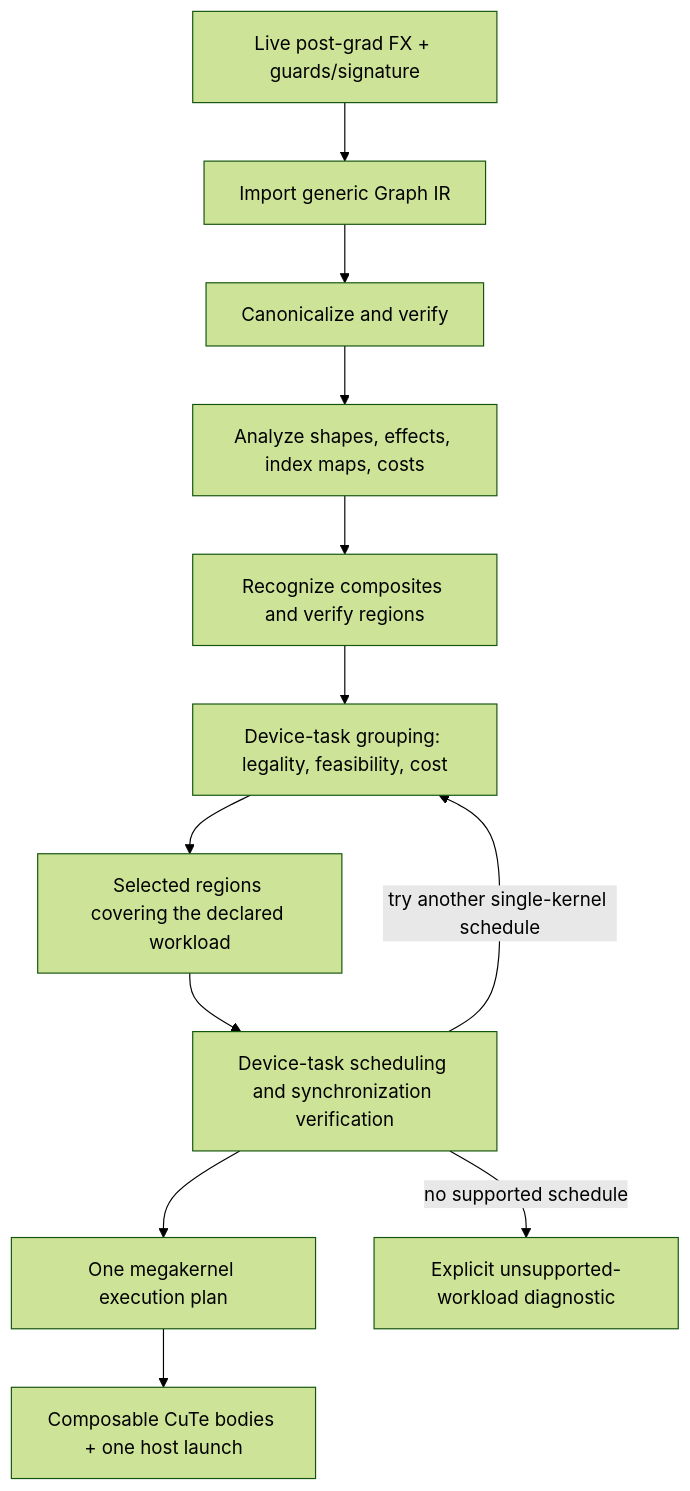
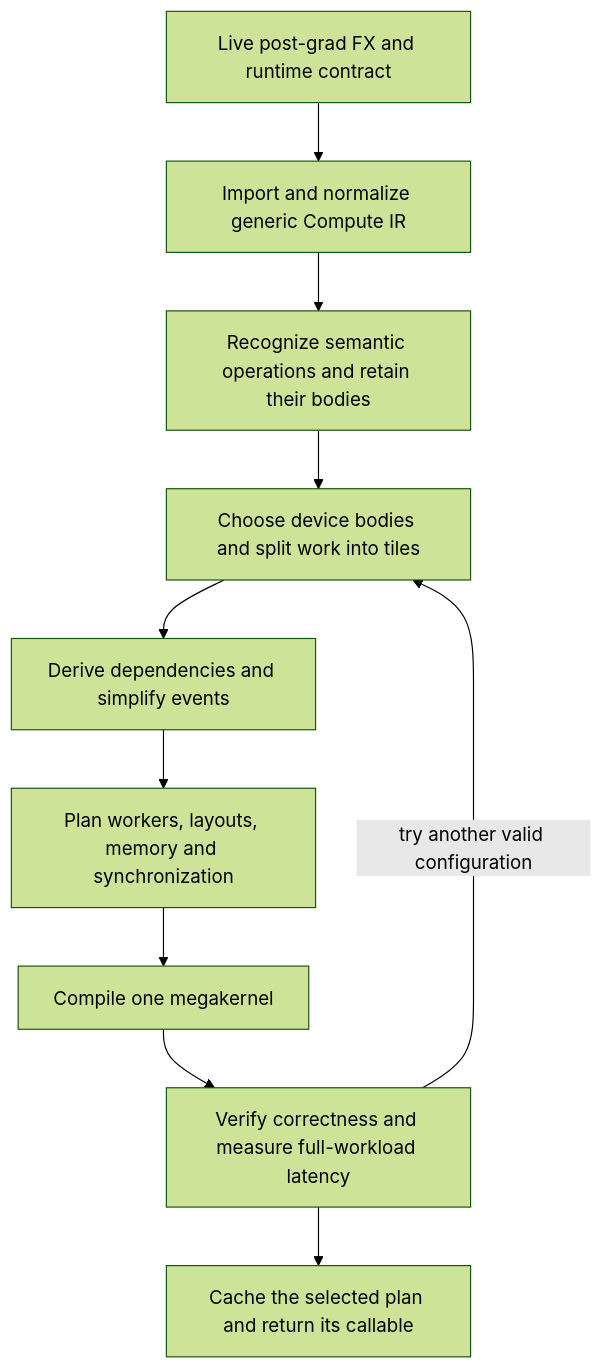
The first of 2 diagrams in ARCHITECTURE.md (megabake/megabake), drawn with Mermaid (forest theme) before and after one commit. The commit also changed other lines of this file and 1 other file, not shown here.

````diff
--- a/ARCHITECTURE.md
+++ b/ARCHITECTURE.md
@@ -15,14 +35,12 @@
 ```mermaid
 flowchart TD
-    FX[Live post-grad FX + guards/signature] --> IMP[Import generic Graph IR]
-    IMP --> CAN[Canonicalize and verify]
-    CAN --> ANA[Analyze shapes, effects, index maps, costs]
-    ANA --> PAT[Recognize composites and verify regions]
-    PAT --> OPT[Device-task grouping: legality, feasibility, cost]
-    OPT --> OIR[Selected regions covering the declared workload]
-    OIR --> SCH[Device-task scheduling and synchronization verification]
-    SCH --> PLAN[One megakernel execution plan]
-    PLAN --> CUTE[Composable CuTe bodies + one host launch]
-    SCH -- try another single-kernel schedule --> OPT
-    SCH -- no supported schedule --> ERR[Explicit unsupported-workload diagnostic]
+    FX[Live post-grad FX and runtime contract] --> IR[Import and normalize generic Compute IR]
+    IR --> SEM[Recognize semantic operations and retain their bodies]
+    SEM --> TASK[Choose device bodies and split work into tiles]
+    TASK --> EVENT[Derive dependencies and simplify events]
+    EVENT --> PLAN[Plan workers, layouts, memory and synchronization]
+    PLAN --> CODE[Compile one megakernel]
+    CODE --> CHECK[Verify correctness and measure full-workload latency]
+    CHECK -- try another valid configuration --> TASK
+    CHECK --> RUN[Cache the selected plan and return its callable]
 ```
````
